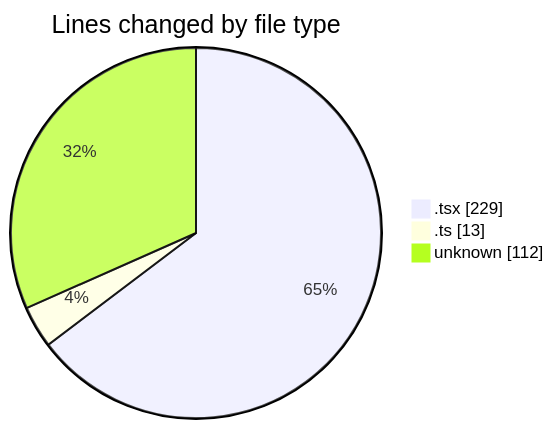
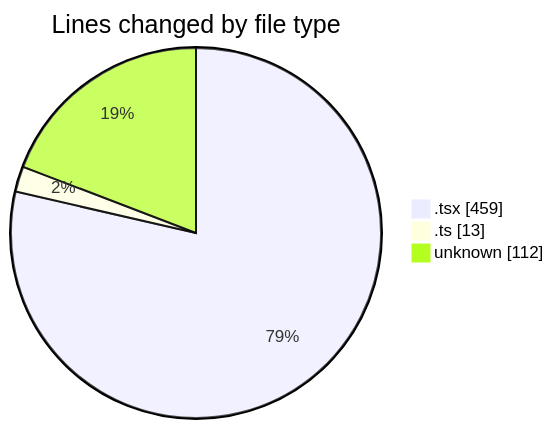
One commit to momahboobian/code-tracking changed the first of 2 diagrams in 2026-04-28/cda/README.md. Above: the diagram before and after it, drawn with Mermaid. The commit also changed other lines of this file and 1 other file, not shown here.

````diff
--- a/2026-04-28/cda/README.md
+++ b/2026-04-28/cda/README.md
@@ -24,7 +25,7 @@
 ```mermaid
 pie showData
 title Lines changed by file type
-".tsx" : 229
+".tsx" : 459
 ".ts" : 13
 "unknown" : 112
 ```
````
